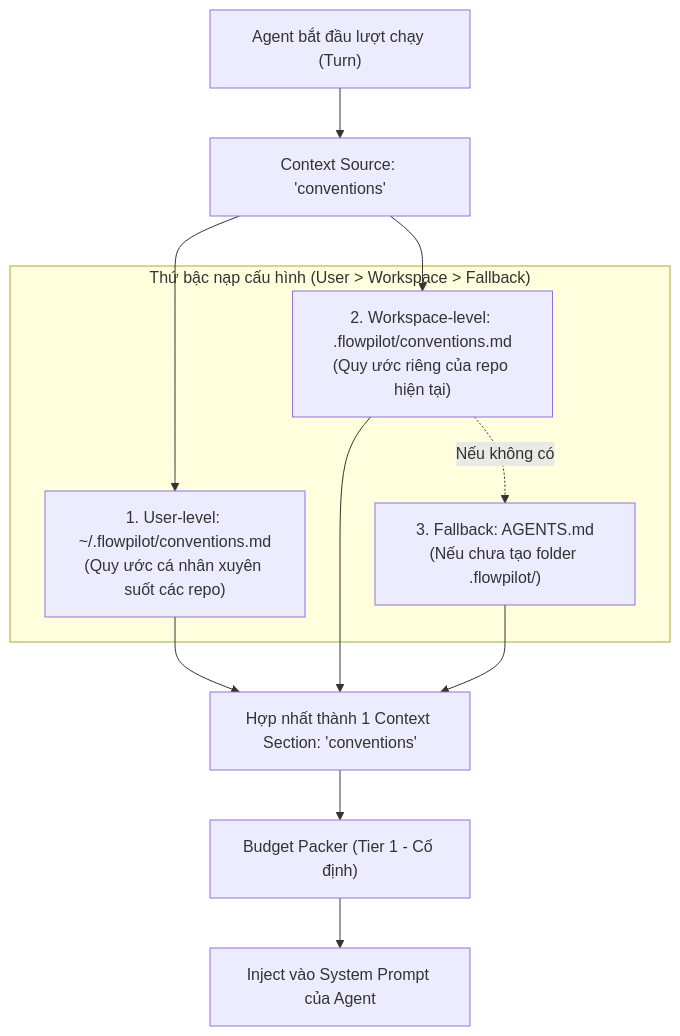
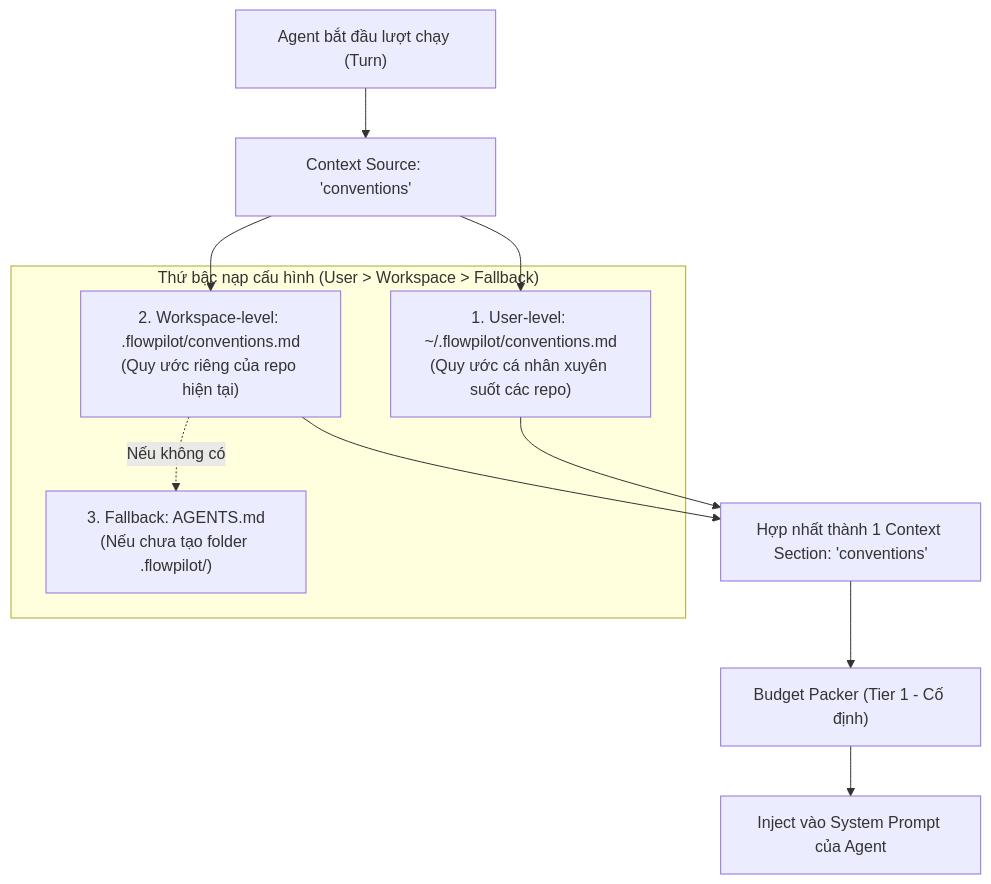
The eighth of 8 diagrams in requirements/07-Coding-Plan/note/CP-62-note.md (dattien96/flowpilot), drawn with Mermaid before and after one commit. The commit also changed other lines of this file and 5 other files, not shown here.

````diff
--- a/requirements/07-Coding-Plan/note/CP-62-note.md
+++ b/requirements/07-Coding-Plan/note/CP-62-note.md
@@ -238,18 +929,18 @@
 ```mermaid
 flowchart TD
     A["Agent bắt đầu lượt chạy (Turn)"] --> B["Context Source: 'conventions'"]
     
     subgraph Hierarchy ["Thứ bậc nạp cấu hình (User > Workspace > Fallback)"]
         C["1. User-level: ~/.flowpilot/conventions.md<br/>(Quy ước cá nhân xuyên suốt các repo)"]
         D["2. Workspace-level: .flowpilot/conventions.md<br/>(Quy ước riêng của repo hiện tại)"]
         E["3. Fallback: AGENTS.md<br/>(Nếu chưa tạo folder .flowpilot/)"]
     end
 
     B --> C
     B --> D
     D -. "Nếu không có" .-> E
     
-    C & D & E --> F["Hợp nhất thành 1 Context Section: 'conventions'"]
+    C & D --> F["Hợp nhất thành 1 Context Section: 'conventions'"]
     F --> G["Budget Packer (Tier 1 - Cố định)"]
     G --> H["Inject vào System Prompt của Agent"]
 ```
````
